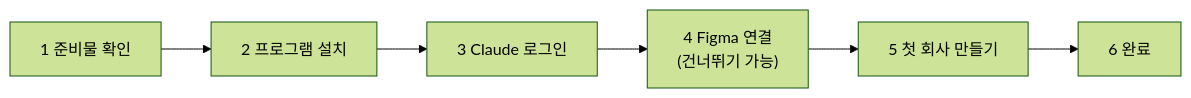
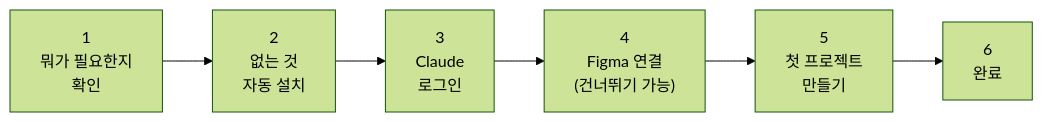
One commit to yjh-dev/PROJECT-TEAM_VIEW changed the third of 3 diagrams in docs/portfolio/02-동작-흐름.md. Above: the diagram before and after it, drawn with Mermaid (forest theme). The commit also changed other lines of this file and 2 other files, not shown here.

````diff
--- a/docs/portfolio/02-동작-흐름.md
+++ b/docs/portfolio/02-동작-흐름.md
@@ -131,8 +141,8 @@
 ```mermaid
 flowchart LR
-    A["1 준비물 확인"] --> B["2 프로그램 설치"]
-    B --> C["3 Claude 로그인"]
-    C --> D["4 Figma 연결<br/>(건너뛰기 가능)"]
-    D --> E["5 첫 회사 만들기"]
-    E --> F["6 완료"]
+    A["1<br/>뭐가 필요한지<br/>확인"] --> B["2<br/>없는 것<br/>자동 설치"]
+    B --> C["3<br/>Claude<br/>로그인"]
+    C --> D["4<br/>Figma 연결<br/>(건너뛰기 가능)"]
+    D --> E["5<br/>첫 프로젝트<br/>만들기"]
+    E --> F["6<br/>완료"]
 ```
````
